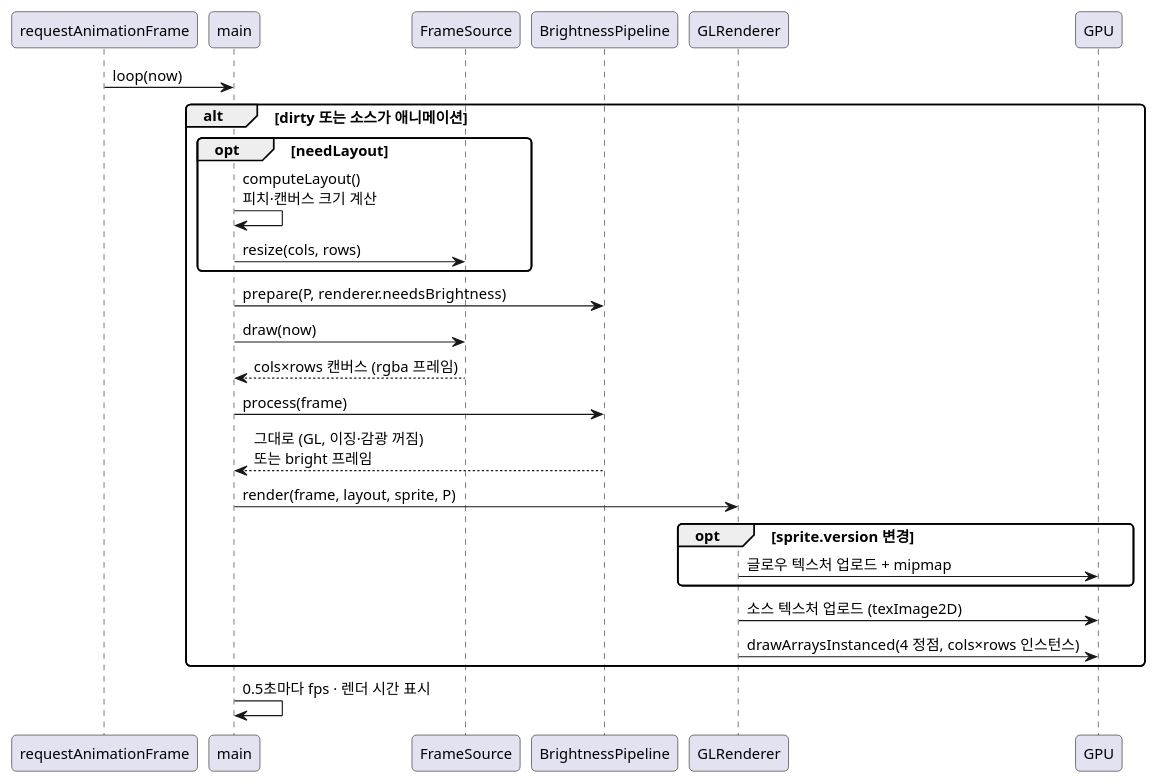
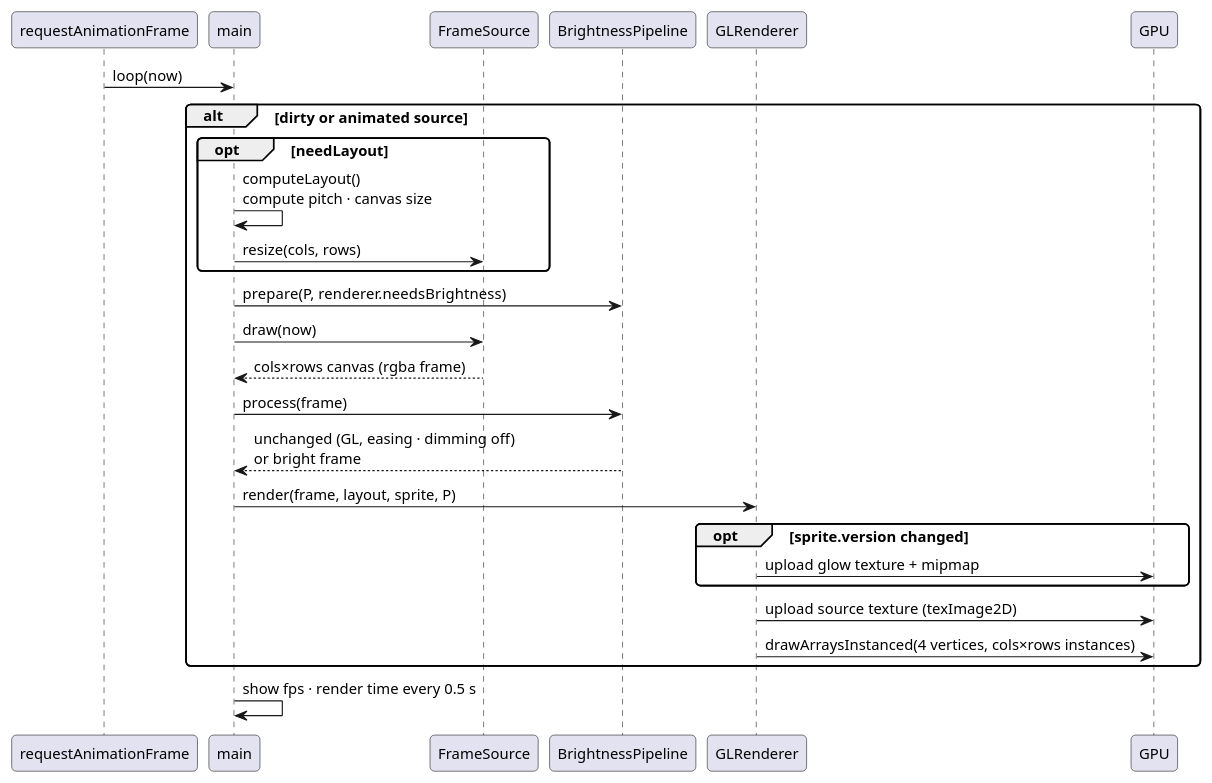
The second of 3 diagrams in docs/design.md (jujuroa/ledboard), drawn with PlantUML before and after one commit. The commit also changed other lines of this file and 7 other files, not shown here.

````diff
--- a/docs/design.md
+++ b/docs/design.md
@@ -172,36 +174,36 @@
 ```plantuml
 @startuml
 skinparam backgroundColor #FFFFFF
 skinparam shadowing false
 skinparam defaultFontName "Malgun Gothic"
 skinparam defaultFontSize 13
 skinparam roundCorner 8
 
 participant "requestAnimationFrame" as RAF
 participant "main" as M
 participant "FrameSource" as S
 participant "BrightnessPipeline" as BP
 participant "GLRenderer" as R
 participant "GPU" as G
 
 RAF -> M : loop(now)
-alt dirty 또는 소스가 애니메이션
+alt dirty or animated source
   opt needLayout
-    M -> M : computeLayout()\n피치·캔버스 크기 계산
+    M -> M : computeLayout()\ncompute pitch · canvas size
     M -> S : resize(cols, rows)
   end
   M -> BP : prepare(P, renderer.needsBrightness)
   M -> S : draw(now)
-  S --> M : cols×rows 캔버스 (rgba 프레임)
+  S --> M : cols×rows canvas (rgba frame)
   M -> BP : process(frame)
-  BP --> M : 그대로 (GL, 이징·감광 꺼짐)\n또는 bright 프레임
+  BP --> M : unchanged (GL, easing · dimming off)\nor bright frame
   M -> R : render(frame, layout, sprite, P)
-  opt sprite.version 변경
-    R -> G : 글로우 텍스처 업로드 + mipmap
+  opt sprite.version changed
+    R -> G : upload glow texture + mipmap
   end
-  R -> G : 소스 텍스처 업로드 (texImage2D)
-  R -> G : drawArraysInstanced(4 정점, cols×rows 인스턴스)
+  R -> G : upload source texture (texImage2D)
+  R -> G : drawArraysInstanced(4 vertices, cols×rows instances)
 end
-M -> M : 0.5초마다 fps · 렌더 시간 표시
+M -> M : show fps · render time every 0.5 s
 @enduml
 ```
````
